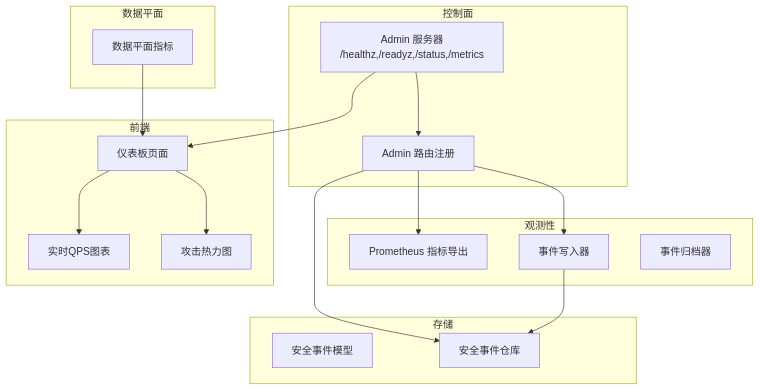
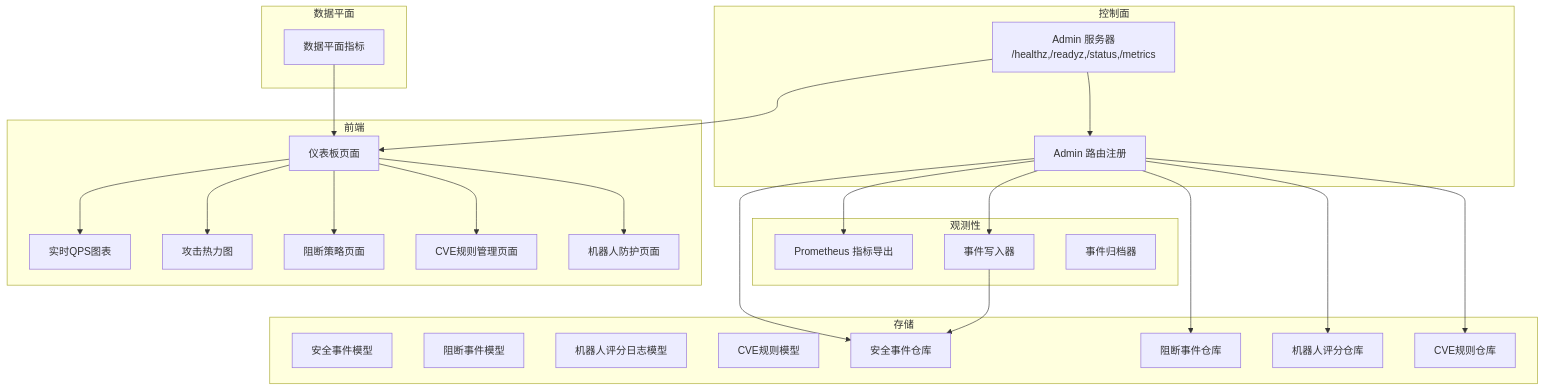
Before and after one commit to x01n/My-OpenWaf: the first of 13 diagrams in docs/监控与可观测性/监控与可观测性.md, drawn with Mermaid. The commit also changed other lines of this file and 51 other files, not shown here.

````diff
--- a/docs/监控与可观测性/监控与可观测性.md
+++ b/docs/监控与可观测性/监控与可观测性.md
@@ -46,33 +64,48 @@
 ```mermaid
 graph TB
 subgraph "控制面"
 Admin["Admin 服务器<br/>/healthz,/readyz,/status,/metrics"]
 Router["Admin 路由注册"]
 end
 subgraph "观测性"
 Prom["Prometheus 指标导出"]
 EW["事件写入器"]
 Arch["事件归档器"]
 end
 subgraph "数据平面"
 DPM["数据平面指标"]
 end
 subgraph "存储"
 Model["安全事件模型"]
+DropModel["阻断事件模型"]
+BotModel["机器人评分日志模型"]
+CVEModle["CVE规则模型"]
 Repo["安全事件仓库"]
+DropRepo["阻断事件仓库"]
+BotRepo["机器人评分仓库"]
+CVERepo["CVE规则仓库"]
 end
 subgraph "前端"
 Dash["仪表板页面"]
 QPS["实时QPS图表"]
 Heat["攻击热力图"]
+DropPolicy["阻断策略页面"]
+CVEManage["CVE规则管理页面"]
+BotProtect["机器人防护页面"]
 end
 Admin --> Router
 Router --> Prom
 Router --> EW
 Router --> Repo
+Router --> DropRepo
+Router --> BotRepo
+Router --> CVERepo
 Admin --> Dash
 Dash --> QPS
 Dash --> Heat
+Dash --> DropPolicy
+Dash --> CVEManage
+Dash --> BotProtect
 EW --> Repo
 DPM --> Dash
 ```
````
